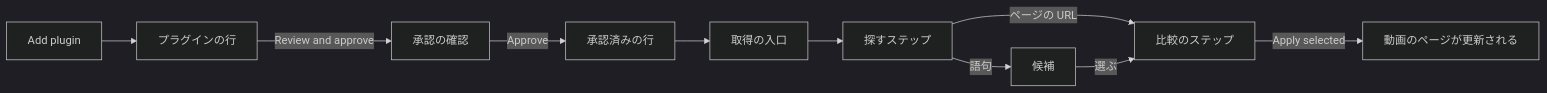
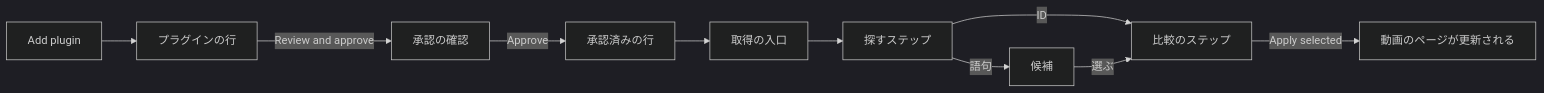
One commit to syudead/vv changed the first of 3 diagrams in translations/ja/specs/049-work-info-plugins/ui-design.md. Above: the diagram before and after it, drawn with Mermaid (dark theme). The commit also changed other lines of this file and 62 other files, not shown here.

````diff
--- a/translations/ja/specs/049-work-info-plugins/ui-design.md
+++ b/translations/ja/specs/049-work-info-plugins/ui-design.md
@@ -32,12 +32,12 @@
 ```mermaid
 flowchart LR
   add[Add plugin] --> row[プラグインの行]
   row -->|Review and approve| prompt[承認の確認]
   prompt -->|Approve| approved[承認済みの行]
   approved --> entry[取得の入口]
   entry --> find[探すステップ]
   find -->|語句| list[候補]
-  find -->|ページの URL| compare[比較のステップ]
+  find -->|ID| compare[比較のステップ]
   list -->|選ぶ| compare
   compare -->|Apply selected| page[動画のページが更新される]
 ```
````
